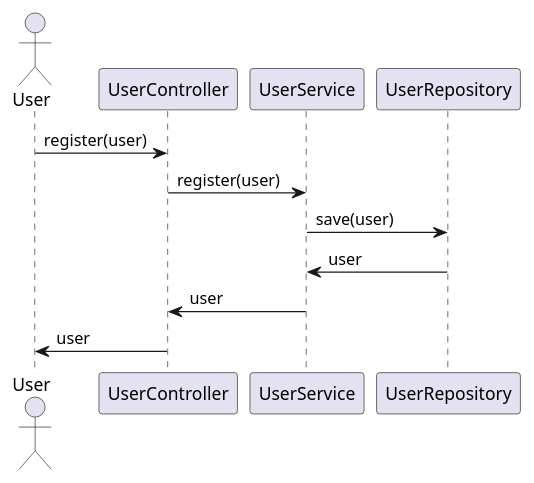
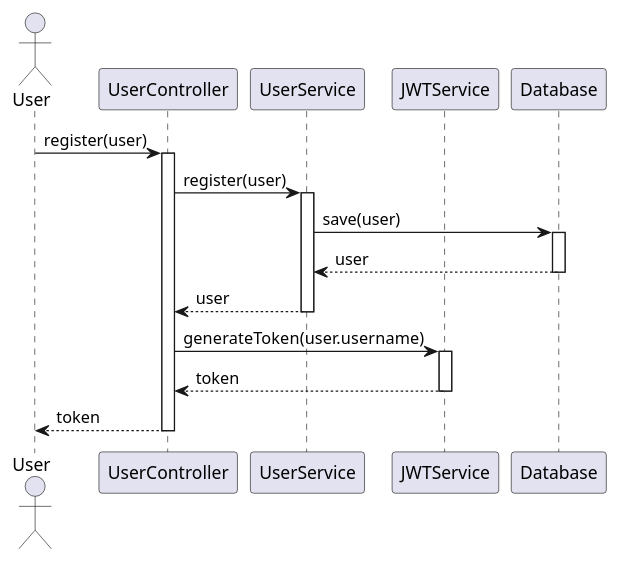
One commit to Dinesh-s95/AutoDoc.ai changed the first of 5 diagrams in identityprovider/documentation/detaileddesign.adoc. Above: the diagram before and after it, drawn with PlantUML. The commit also changed other lines of this file and 4 other files, not shown here.

```diff
--- a/identityprovider/documentation/detaileddesign.adoc
+++ b/identityprovider/documentation/detaileddesign.adoc
@@ -262,16 +149,27 @@
-[source,plantuml]
+[plantuml, user-registration-sequence, png]
 ----
 @startuml
-actor "User" as user
-participant "UserController" as controller
-participant "UserService" as service
-participant "UserRepository" as repo
+actor "User" as U
+participant "UserController" as UC
+participant "UserService" as US
+participant "JWTService" as JS
+participant "Database" as DB
 
-user -> controller : register(user)
-controller -> service : register(user)
-service -> repo : save(user)
-repo -> service : user
-service -> controller : user
-controller -> user : user
+U -> UC : register(user)
+activate UC
+UC -> US : register(user)
+activate US
+US -> DB : save(user)
+activate DB
+DB --> US : user
+deactivate DB
+US --> UC : user
+deactivate US
+UC -> JS : generateToken(user.username)
+activate JS
+JS --> UC : token
+deactivate JS
+UC --> U : token
+deactivate UC
 @enduml
 ----
```
